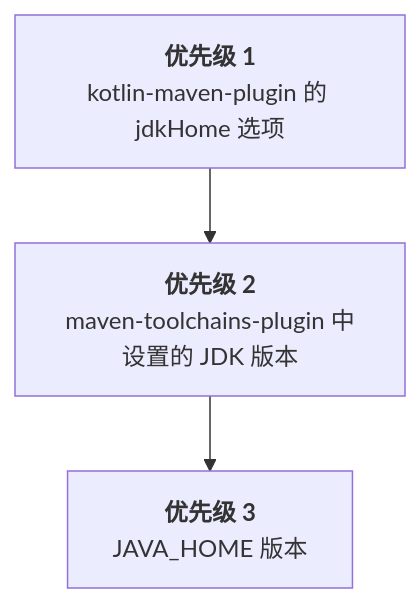
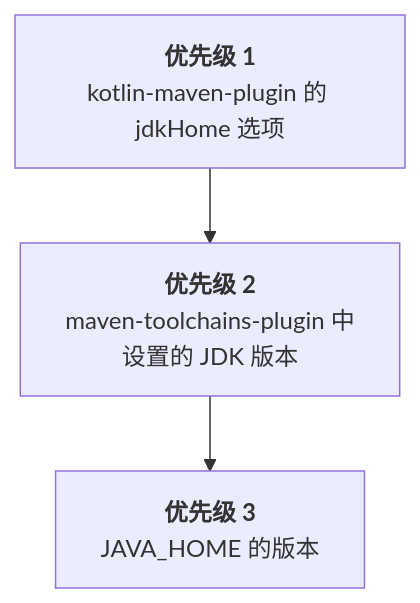
One commit to BinaryTape/Open-AIDoc changed the second of 2 diagrams in docs/kotlin/maven-configure-project.md. Above: the diagram before and after it, drawn with Mermaid. The commit also changed other lines of this file and 1240 other files, not shown here.

````diff
--- a/docs/kotlin/maven-configure-project.md
+++ b/docs/kotlin/maven-configure-project.md
@@ -329,9 +323,9 @@
 ```Mermaid
 graph TD
     A["<b>优先级 1</b><br/>kotlin-maven-plugin 的 jdkHome 选项"]
-    B["<b>优先级 2</b><br/>maven-toolchains-plugin 中设置的 JDK 版本"]
-    C["<b>优先级 3</b><br/>JAVA_HOME 版本"]
+    B["<b>优先级 2</b><br/>maven-toolchains-plugin 中<br/>设置的 JDK 版本"]
+    C["<b>优先级 3</b><br/>JAVA_HOME 的版本"]
 
     A --> B
     B --> C
 ```
````
